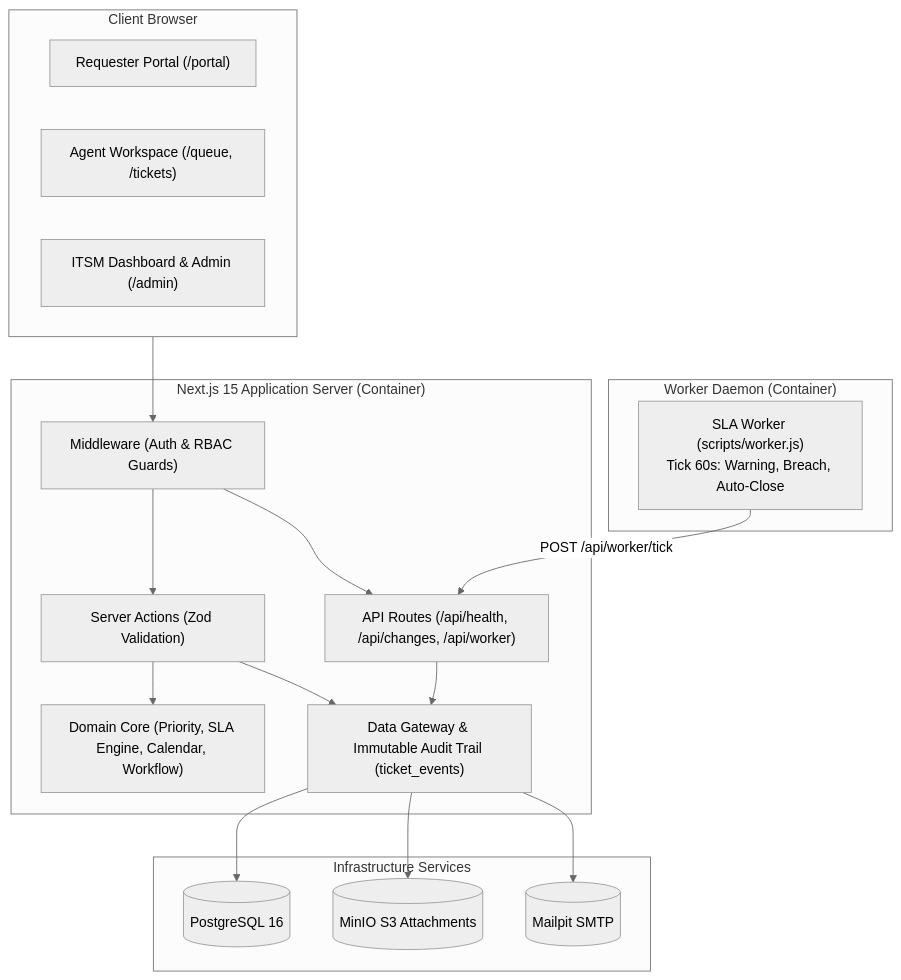
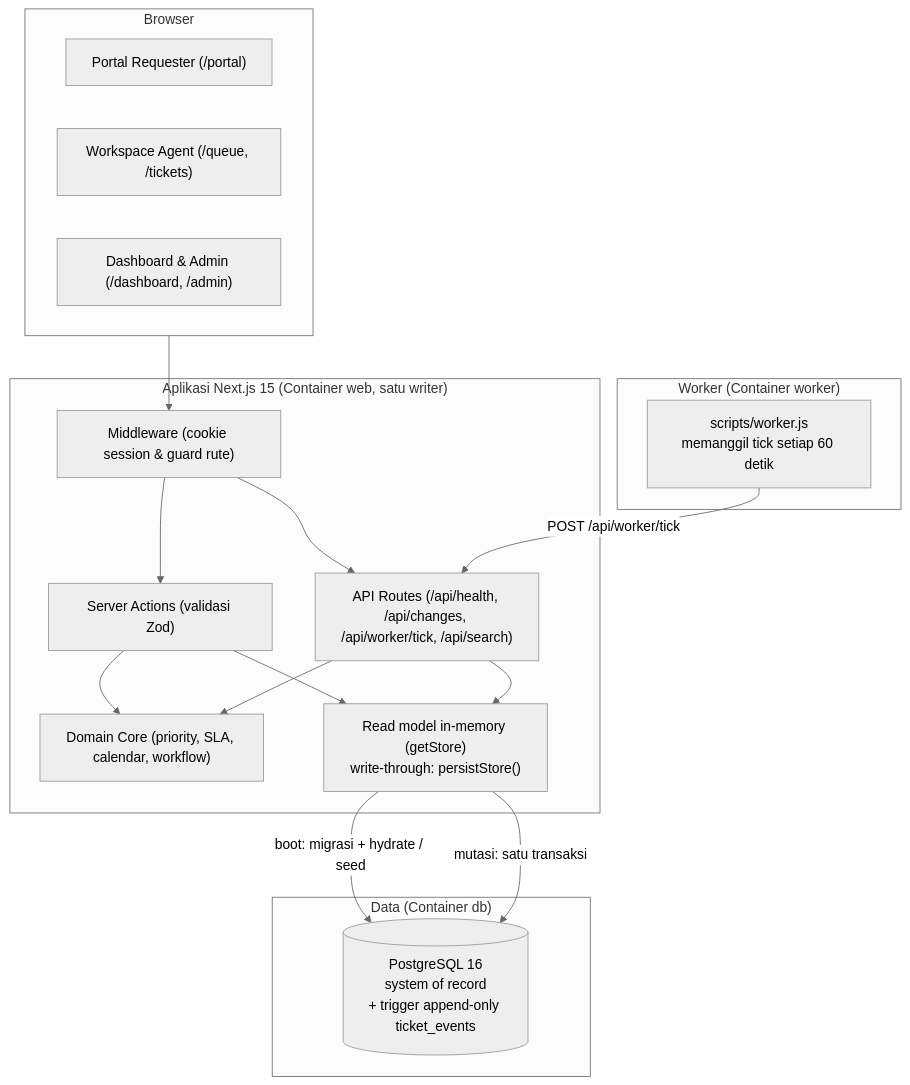
The diagram in README.md (jaymacode/sigap-tech), drawn with Mermaid (neutral theme) before and after one commit. The commit also changed other lines of this file and 50 other files, not shown here.

Commit message:
Persist data in PostgreSQL; password verification; Docker test profile

````diff
--- a/README.md
+++ b/README.md
@@ -76,37 +92,35 @@
 ```mermaid
 flowchart TD
-    subgraph Client ["Client Browser"]
-        U1["Requester Portal (/portal)"]
-        U2["Agent Workspace (/queue, /tickets)"]
-        U3["ITSM Dashboard & Admin (/admin)"]
+    subgraph Client ["Browser"]
+        U1["Portal Requester (/portal)"]
+        U2["Workspace Agent (/queue, /tickets)"]
+        U3["Dashboard & Admin (/dashboard, /admin)"]
     end
 
-    subgraph AppServer ["Next.js 15 Application Server (Container)"]
-        MW["Middleware (Auth & RBAC Guards)"]
-        SA["Server Actions (Zod Validation)"]
-        API["API Routes (/api/health, /api/changes, /api/worker)"]
-        DE["Domain Core (Priority, SLA Engine, Calendar, Workflow)"]
-        GW["Data Gateway & Immutable Audit Trail (ticket_events)"]
+    subgraph AppServer ["Aplikasi Next.js 15 (Container web, satu writer)"]
+        MW["Middleware (cookie session & guard rute)"]
+        SA["Server Actions (validasi Zod)"]
+        API["API Routes (/api/health, /api/changes, /api/worker/tick, /api/search)"]
+        DE["Domain Core (priority, SLA, calendar, workflow)"]
+        GW["Read model in-memory (getStore)<br/>write-through: persistStore()"]
     end
 
-    subgraph Background ["Worker Daemon (Container)"]
-        WRK["SLA Worker (scripts/worker.js)\nTick 60s: Warning, Breach, Auto-Close"]
+    subgraph Background ["Worker (Container worker)"]
+        WRK["scripts/worker.js<br/>memanggil tick setiap 60 detik"]
     end
 
-    subgraph Storage ["Infrastructure Services"]
-        PG[("PostgreSQL 16")]
-        MIO[("MinIO S3 Attachments")]
-        MAIL[("Mailpit SMTP")]
+    subgraph Data ["Data (Container db)"]
+        PG[("PostgreSQL 16<br/>system of record<br/>+ trigger append-only ticket_events")]
     end
 
     Client --> MW
     MW --> SA
     MW --> API
     SA --> DE
     SA --> GW
+    API --> DE
+    API --> GW
     WRK -->|POST /api/worker/tick| API
-    API --> GW
-    GW --> PG
-    GW --> MIO
-    GW --> MAIL
+    GW -->|"boot: migrasi + hydrate / seed"| PG
+    GW -->|"mutasi: satu transaksi"| PG
 ```
````
